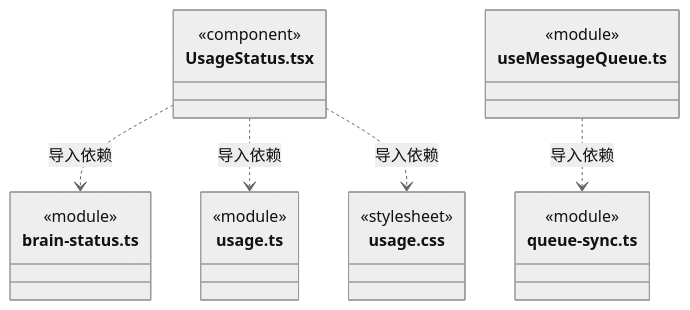
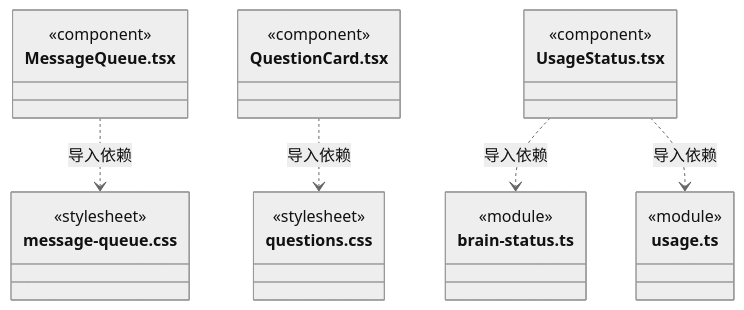
Diagram 39 of 41 in src/frontend/conversation/ARCHITECTURE.md (nan023062/cbim), drawn with Mermaid (neutral theme) before and after one commit. The commit also changed other lines of this file and 40 other files, not shown here.

````diff
--- a/src/frontend/conversation/ARCHITECTURE.md
+++ b/src/frontend/conversation/ARCHITECTURE.md
@@ -537,25 +602,28 @@
 ```mermaid
 classDiagram
+class N_src_frontend_conversation_MessageQueue_tsx["MessageQueue.tsx"] {
+  <<component>>
+}
+class N_src_frontend_conversation_message_queue_css["message-queue.css"] {
+  <<stylesheet>>
+}
+class N_src_frontend_conversation_QuestionCard_tsx["QuestionCard.tsx"] {
+  <<component>>
+}
+class N_src_frontend_conversation_questions_css["questions.css"] {
+  <<stylesheet>>
+}
 class N_src_frontend_conversation_UsageStatus_tsx["UsageStatus.tsx"] {
   <<component>>
 }
 class N_src_frontend_conversation_brain_status_ts["brain-status.ts"] {
   <<module>>
 }
 class N_src_frontend_conversation_usage_ts["usage.ts"] {
   <<module>>
 }
-class N_src_frontend_conversation_usage_css["usage.css"] {
-  <<stylesheet>>
-}
-class N_src_frontend_conversation_useMessageQueue_ts["useMessageQueue.ts"] {
-  <<module>>
-}
-class N_src_frontend_conversation_queue_sync_ts["queue-sync.ts"] {
-  <<module>>
-}
+N_src_frontend_conversation_MessageQueue_tsx ..> N_src_frontend_conversation_message_queue_css : 导入依赖
+N_src_frontend_conversation_QuestionCard_tsx ..> N_src_frontend_conversation_questions_css : 导入依赖
 N_src_frontend_conversation_UsageStatus_tsx ..> N_src_frontend_conversation_brain_status_ts : 导入依赖
 N_src_frontend_conversation_UsageStatus_tsx ..> N_src_frontend_conversation_usage_ts : 导入依赖
-N_src_frontend_conversation_UsageStatus_tsx ..> N_src_frontend_conversation_usage_css : 导入依赖
-N_src_frontend_conversation_useMessageQueue_ts ..> N_src_frontend_conversation_queue_sync_ts : 导入依赖
 ```
````
